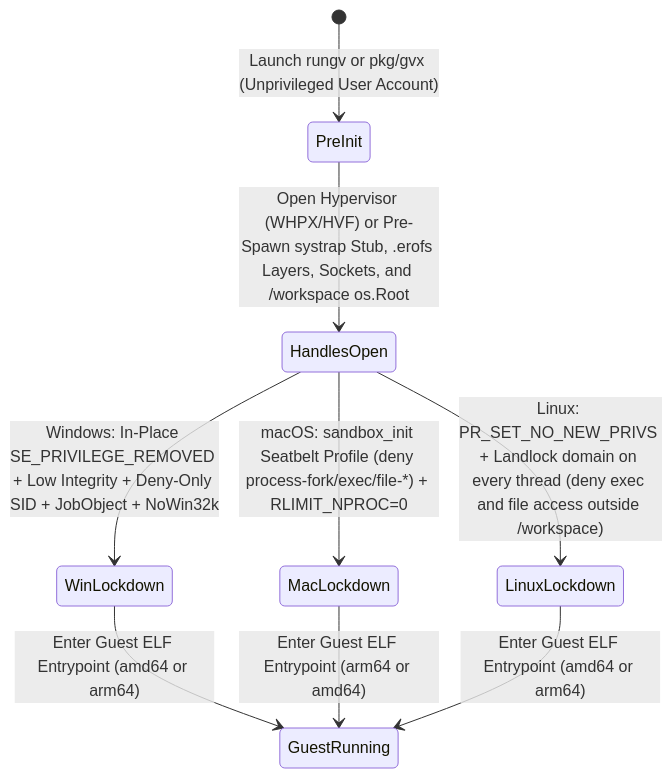
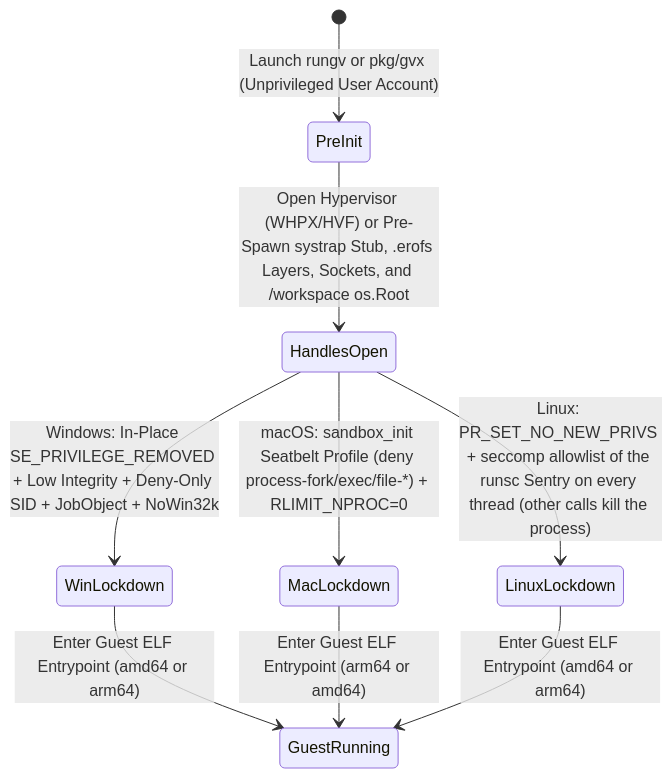
One commit to antegral/containerd-shim-gvx changed the seventh of 7 diagrams in docs/architecture.md. Above: the diagram before and after it, drawn with Mermaid. The commit also changed other lines of this file and 1 other file, not shown here.

Commit message:
Document the Linux seccomp lockdown and its limits

````diff
--- a/docs/architecture.md
+++ b/docs/architecture.md
@@ -456,11 +456,11 @@
 ```mermaid
 stateDiagram-v2
     [*] --> PreInit: Launch rungv or pkg/gvx (Unprivileged User Account)
     PreInit --> HandlesOpen: Open Hypervisor (WHPX/HVF) or Pre-Spawn systrap Stub, .erofs Layers, Sockets, and /workspace os.Root
     HandlesOpen --> WinLockdown: Windows: In-Place SE_PRIVILEGE_REMOVED + Low Integrity + Deny-Only SID + JobObject + NoWin32k
     HandlesOpen --> MacLockdown: macOS: sandbox_init Seatbelt Profile (deny process-fork/exec/file-*) + RLIMIT_NPROC=0
-    HandlesOpen --> LinuxLockdown: Linux: PR_SET_NO_NEW_PRIVS + Landlock domain on every thread (deny exec and file access outside /workspace)
+    HandlesOpen --> LinuxLockdown: Linux: PR_SET_NO_NEW_PRIVS + seccomp allowlist of the runsc Sentry on every thread (other calls kill the process)
     WinLockdown --> GuestRunning: Enter Guest ELF Entrypoint (amd64 or arm64)
     MacLockdown --> GuestRunning: Enter Guest ELF Entrypoint (arm64 or amd64)
     LinuxLockdown --> GuestRunning: Enter Guest ELF Entrypoint (amd64 or arm64)
 ```
````
